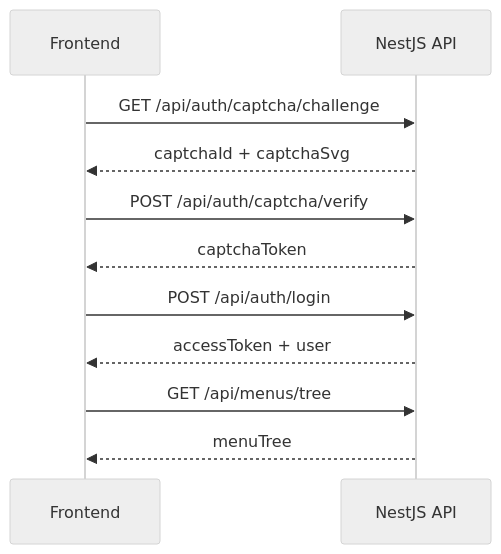
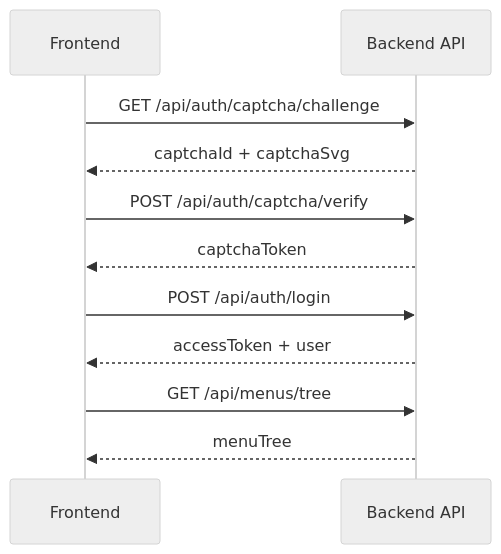
Before and after one commit to Liu-code3/luckyColor-docs: the diagram in api/spec.md, drawn with Mermaid (neutral theme). The commit also changed other lines of this file and 24 other files, not shown here.

````diff
--- a/api/spec.md
+++ b/api/spec.md
@@ -163,14 +167,14 @@
 ```mermaid
 sequenceDiagram
     participant UI as Frontend
-    participant API as NestJS API
+    participant API as Backend API
 
     UI->>API: GET /api/auth/captcha/challenge
     API-->>UI: captchaId + captchaSvg
     UI->>API: POST /api/auth/captcha/verify
     API-->>UI: captchaToken
     UI->>API: POST /api/auth/login
     API-->>UI: accessToken + user
     UI->>API: GET /api/menus/tree
     API-->>UI: menuTree
 ```
````
